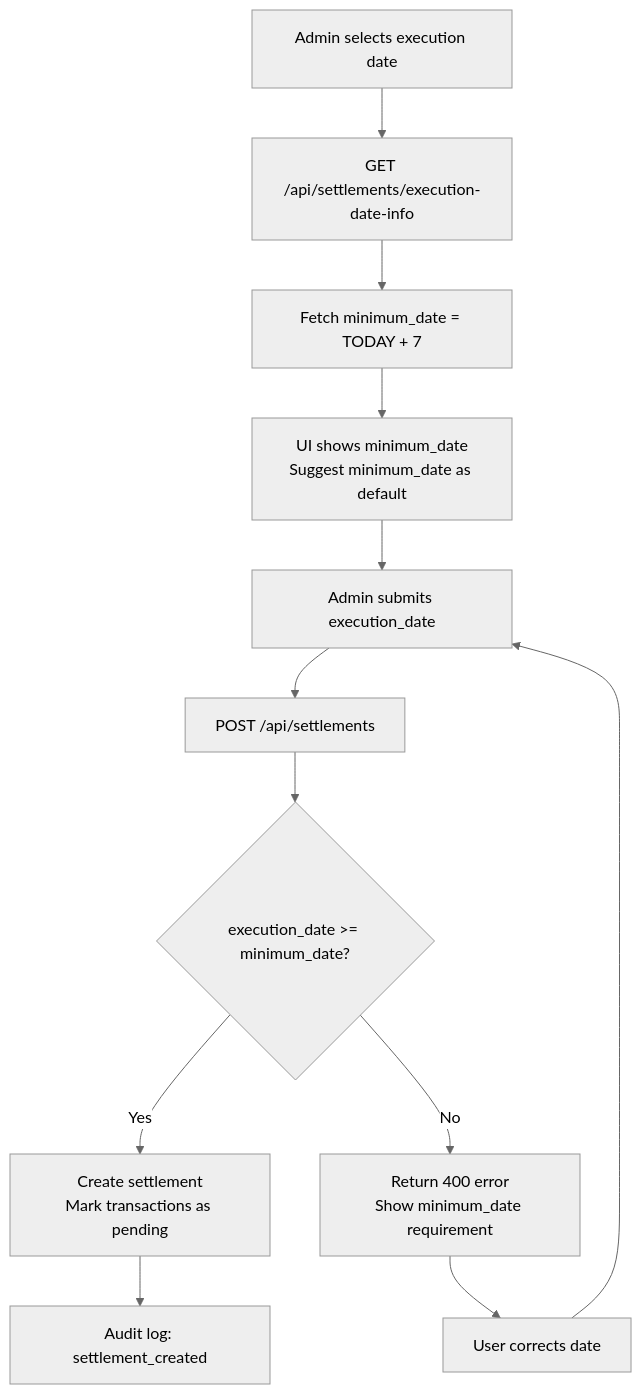
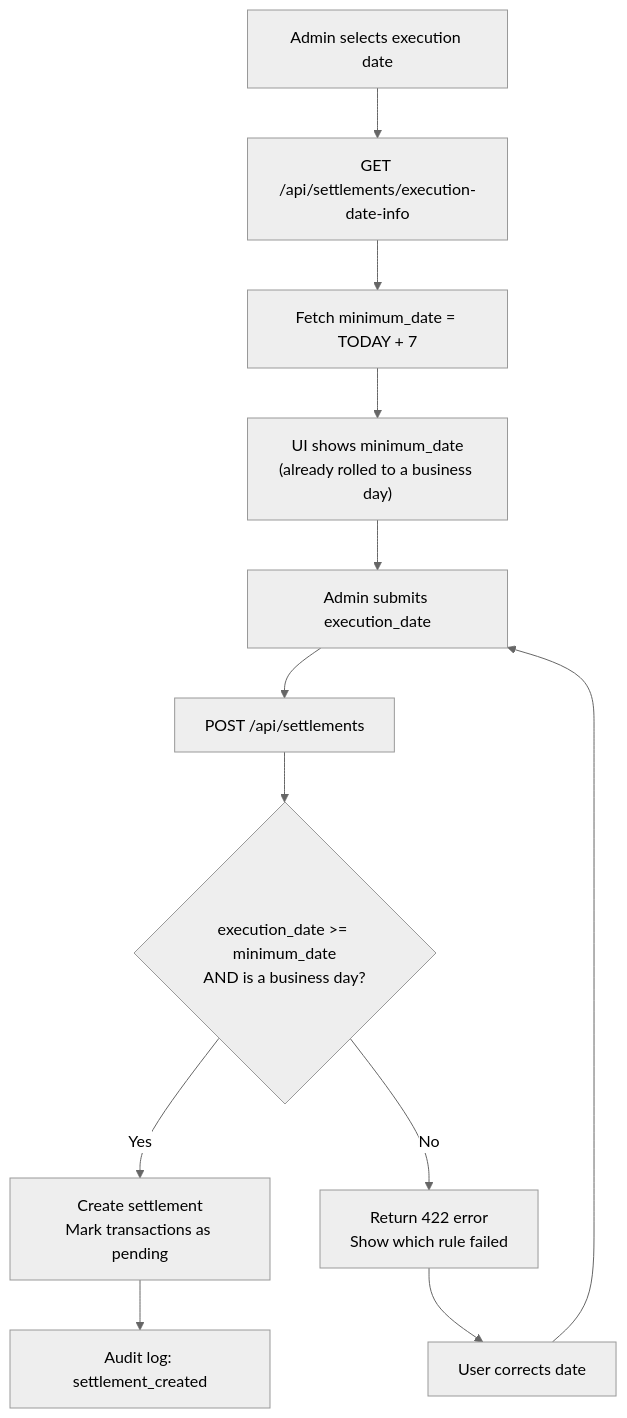
One commit to dgloeckner/clubbar changed the diagram in adr/0009-settlement-lead-times-bank-working-days.md. Above: the diagram before and after it, drawn with Mermaid (neutral theme). The commit also changed other lines of this file and 3 other files, not shown here.

First line of the commit message:
docs: amend ADR-0009 with the TARGET2 business-day rule

````diff
--- a/adr/0009-settlement-lead-times-bank-working-days.md
+++ b/adr/0009-settlement-lead-times-bank-working-days.md
@@ -77,14 +128,14 @@
 ```mermaid
 graph TD
     A["Admin selects execution date"] --> B["GET /api/settlements/execution-date-info"]
     B --> C["Fetch minimum_date = TODAY + 7"]
-    C --> D["UI shows minimum_date<br/>Suggest minimum_date as default"]
+    C --> D["UI shows minimum_date<br/>(already rolled to a business day)"]
     D --> E["Admin submits execution_date"]
     E --> F["POST /api/settlements"]
-    F --> G{"execution_date >= minimum_date?"}
+    F --> G{"execution_date >= minimum_date<br/>AND is a business day?"}
     G -->|Yes| H["Create settlement<br/>Mark transactions as pending"]
-    G -->|No| I["Return 400 error<br/>Show minimum_date requirement"]
+    G -->|No| I["Return 422 error<br/>Show which rule failed"]
     H --> J["Audit log: settlement_created"]
     I --> K["User corrects date"]
     K --> E
 ```
````
